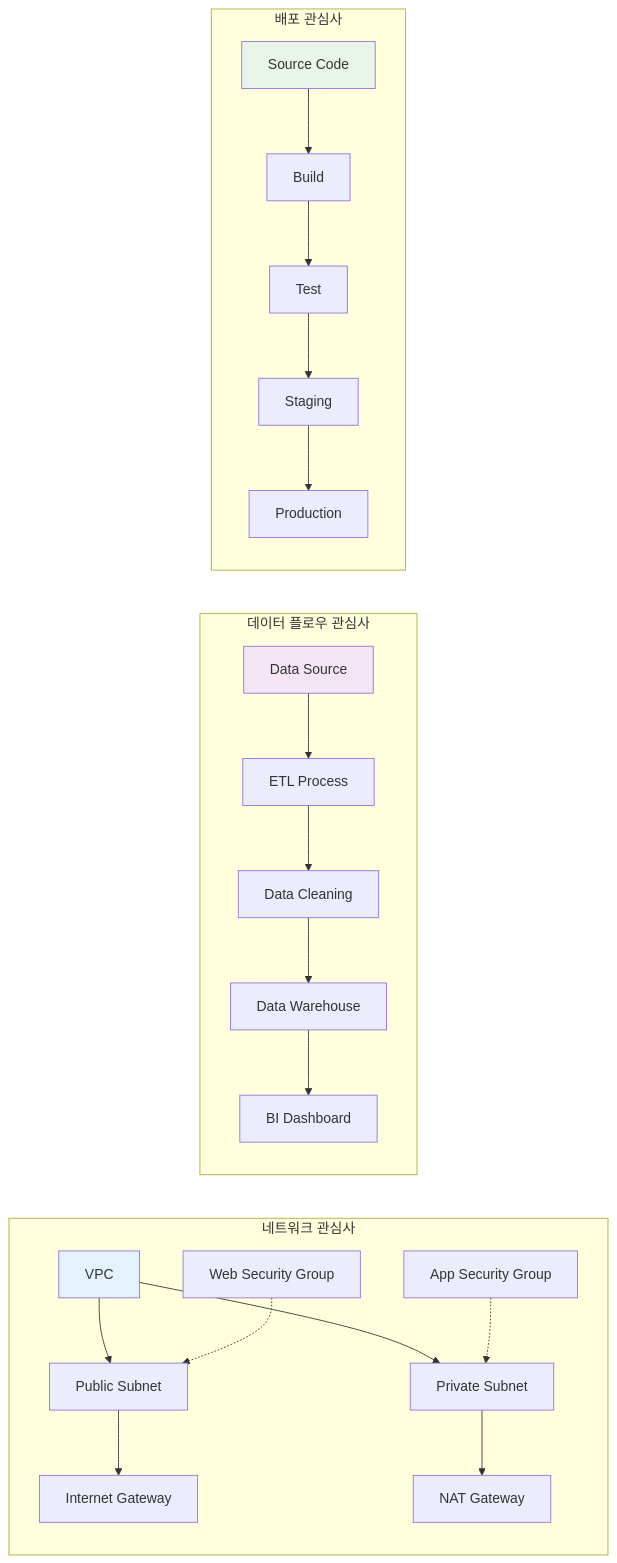
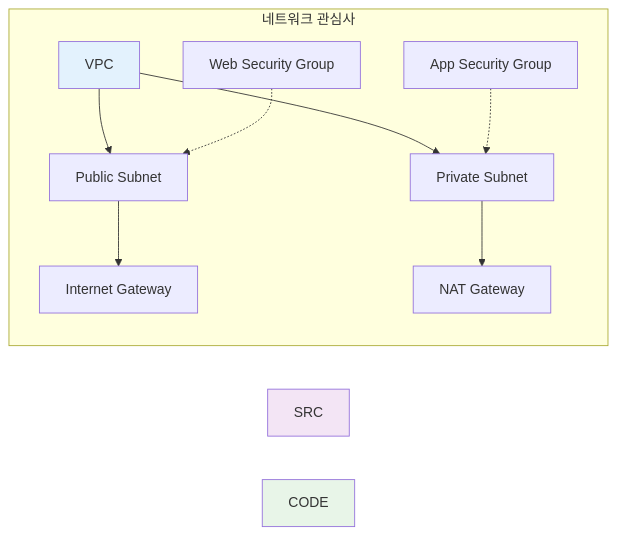
One commit to niceguy61/kdt_devops_lecture_2025 changed the fourth of 7 diagrams in theory/december/make_diagram/lecture/02_complexity_management.md. Above: the diagram before and after it, drawn with Mermaid. The commit also changed other lines of this file, not shown here.

````diff
--- a/theory/december/make_diagram/lecture/02_complexity_management.md
+++ b/theory/december/make_diagram/lecture/02_complexity_management.md
@@ -133,30 +123,16 @@
 ```mermaid
 graph LR
     subgraph "네트워크 관심사"
         VPC[VPC] --> PUB[Public Subnet]
         VPC --> PRIV[Private Subnet]
         PUB --> IGW[Internet Gateway]
         PRIV --> NAT[NAT Gateway]
         
         SG1[Web Security Group] -.-> PUB
         SG2[App Security Group] -.-> PRIV
     end
     
-    subgraph "데이터 플로우 관심사"
-        SRC[Data Source] --> ETL[ETL Process]
-        ETL --> CLEAN[Data Cleaning]
-        CLEAN --> STORE[Data Warehouse]
-        STORE --> BI[BI Dashboard]
-    end
-    
-    subgraph "배포 관심사"
-        CODE[Source Code] --> BUILD[Build]
-        BUILD --> TEST[Test]
-        TEST --> STAGE[Staging]
-        STAGE --> PROD[Production]
-    end
-    
     style VPC fill:#e3f2fd
     style SRC fill:#f3e5f5
     style CODE fill:#e8f5e8
 ```
````
